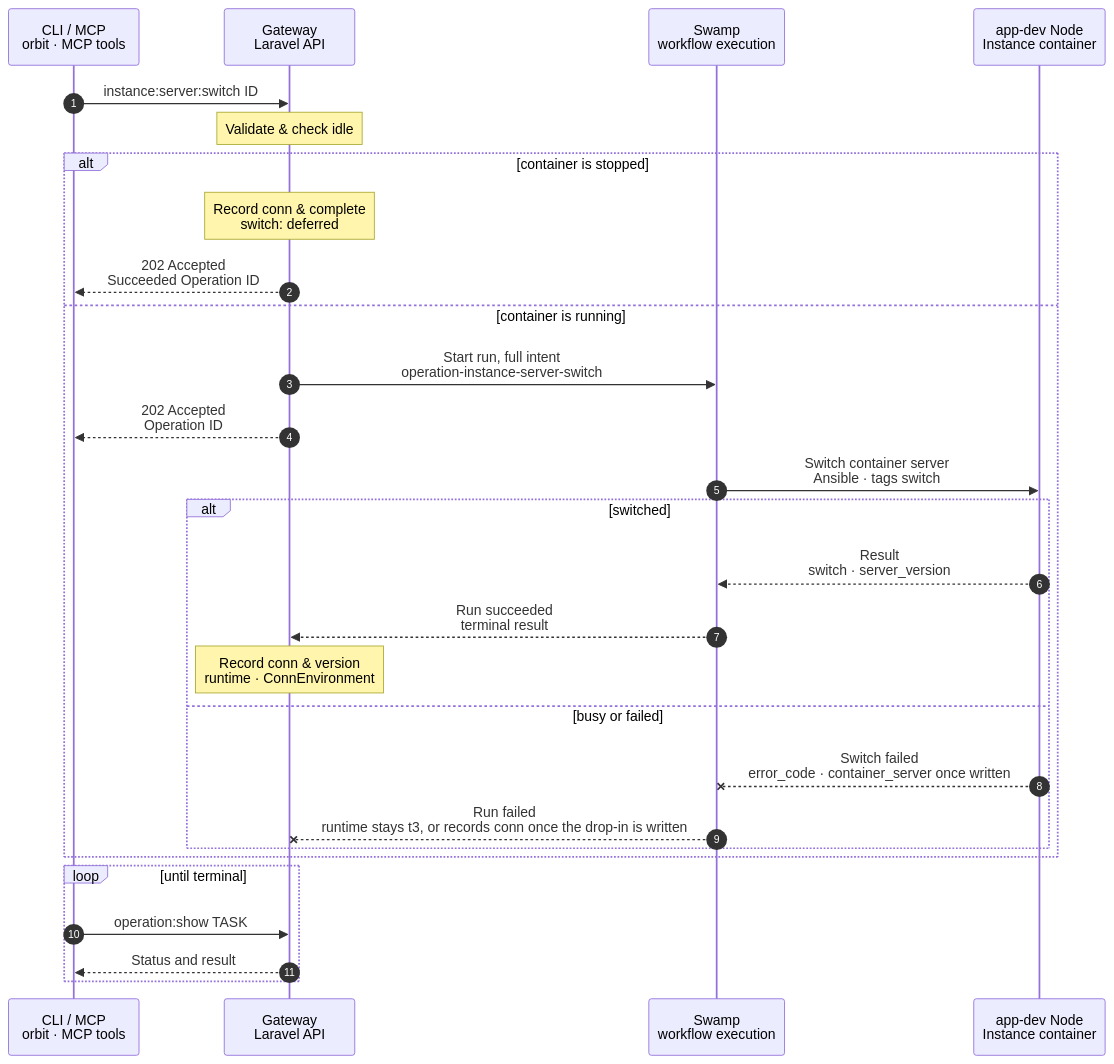
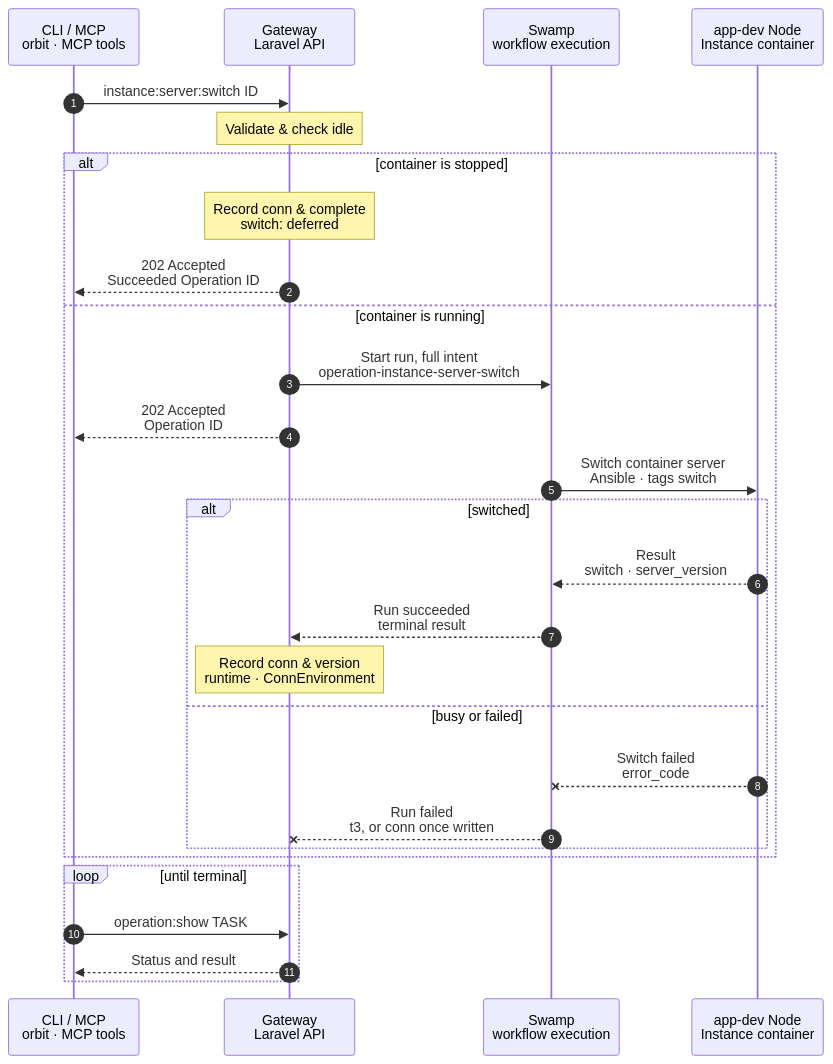
Before and after one commit to hardimpactdev/orbit: the diagram in docs/cli/instance/server-switch.mmd, drawn with Mermaid. The commit also changed 5 other files, not shown here.

Commit message:
Fix the review's checks: chart labels, typed trigger replay, intent fixtures and parser cases

```diff
--- a/docs/cli/instance/server-switch.mmd
+++ b/docs/cli/instance/server-switch.mmd
@@ -1,54 +1,54 @@
 sequenceDiagram
   %% Switch an existing T3 container runtime to the Conn Server (ADR 0258, docs/reference/development-containers.md#container-server).
   %% status: draft
   %% command: instance:server:switch
   %% kind: instance.server_switch
   autonumber
   %% lane CLI icon=terminal pill=caller tone=gray
   %% lane GW icon=gateway pill=intent tone=blue
   %% lane SW icon=workflow pill=executes tone=green
   %% lane N icon=server pill=target tone=amber
   participant CLI as CLI / MCP<br/>orbit · MCP tools
   participant GW as Gateway<br/>Laravel API
   participant SW as Swamp<br/>workflow execution
   participant N as app-dev Node<br/>Instance container
   CLI->>GW: instance:server:switch ID
   %%> Command:
   %%> - `orbit instance:server:switch INSTANCE`
   %%> - syntax: `<instance-id> [--idempotency-key=KEY] [--json]`
   Note over GW: Validate & check idle
   %%> When:
   %%> - active container runtime with `container_server = t3` and `conn-server` pinned in the recipe
   %%> - for a running container, confirm no agent turn, pending request or held reservation is active
   %%> On failure:
   %%> - serverless runtime (`instance.container_server_none`), already `conn` (`instance.container_server_already_conn`), active turn/task (`instance.container_server_busy`), unreadable T3 (`instance.t3_unreadable`) or lifecycle work (`instance.lifecycle_busy`) refuses with 409
   alt container is stopped
     %% path: deferred
     Note over GW: Record conn & complete<br/>switch: deferred
     %%> Result:
     %%> - `instance_runtimes.container_server` becomes `conn` at once; the next `instance:wake` writes `20-orbit-server.conf` before boot and updates `server_version`
     GW-->>CLI: 202 Accepted<br/>Succeeded Operation ID
   else container is running
     %% path: main
     GW->>SW: Start run, full intent<br/>operation-instance-server-switch
     GW-->>CLI: 202 Accepted<br/>Operation ID
     SW->>N: Switch container server<br/>Ansible · tags switch
     %%> What it does:
     %%> - re-check `t3.service` processes with `t3-service-processes.j2`; refuse `instance.container_server_busy` if any terminal or command runs
     %%> - read `bin/conn-server --version`, push `20-orbit-server.conf`, reload systemd, restart `t3.service`, and wait up to 600 s (the import) until `/.well-known/t3/environment` reports the Conn Server version
     %%> - Conn Server imports `statev2.sqlite` into `engine.sqlite` on first start while leaving `statev2.sqlite` unchanged
     alt switched
       %% path: switched
       N-->>SW: Result<br/>switch · server_version
       SW-->>GW: Run succeeded<br/>terminal result
       Note over GW: Record conn & version<br/>runtime · ConnEnvironment
     else busy or failed
       %% path: failed
-      N--xSW: Switch failed<br/>error_code · container_server once written
-      SW--xGW: Run failed<br/>runtime stays t3, or records conn once the drop-in is written
+      N--xSW: Switch failed<br/>error_code
+      SW--xGW: Run failed<br/>t3, or conn once written
     end
   end
   loop until terminal
     CLI->>GW: operation:show TASK
     GW-->>CLI: Status and result
   end
```
